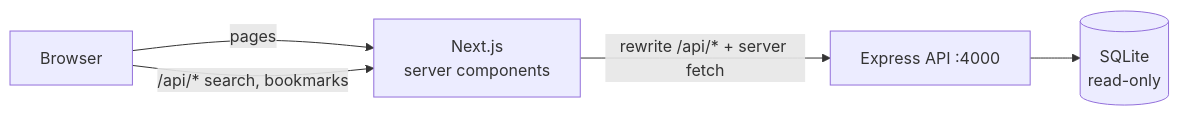
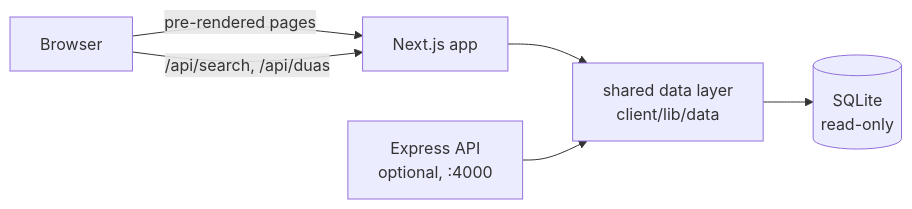
One commit to salehinafnan/dua-web-app changed the diagram in README.md. Above: the diagram before and after it, drawn with Mermaid. The commit also changed other lines of this file and 23 other files, not shown here.

First line of the commit message:
Make the Next.js app self-contained for Vercel deployment

````diff
--- a/README.md
+++ b/README.md
@@ -46,7 +46,8 @@
 ```mermaid
 flowchart LR
-  B[Browser] -->|pages| N[Next.js<br/>server components]
-  B -->|/api/* search, bookmarks| N
-  N -->|rewrite /api/* + server fetch| E[Express API :4000]
-  E --> D[(SQLite<br/>read-only)]
+  B[Browser] -->|pre-rendered pages| N[Next.js app]
+  B -->|/api/search, /api/duas| N
+  N --> R[shared data layer<br/>client/lib/data]
+  E[Express API<br/>optional, :4000] --> R
+  R --> D[(SQLite<br/>read-only)]
 ```
````
